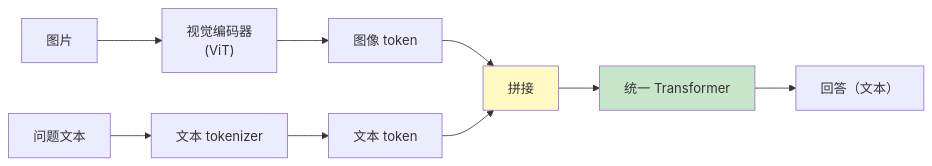
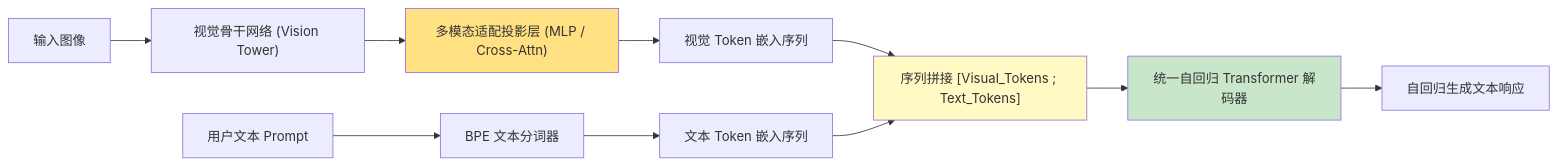
One commit to yingwang/thinking-in-llm changed the second of 7 diagrams in chapters/14-multimodal.md. Above: the diagram before and after it, drawn with Mermaid. The commit also changed other lines of this file and 31 other files, not shown here.

````diff
--- a/chapters/14-multimodal.md
+++ b/chapters/14-multimodal.md
@@ -78,13 +50,18 @@
 ```mermaid
 flowchart LR
-    Img["图片"] --> ViT["视觉编码器<br>(ViT)"] --> ImgTok["图像 token"]
-    Txt["问题文本"] --> TT["文本 tokenizer"] --> TxtTok["文本 token"]
+    Img["输入图像"] --> ViT["视觉骨干网络 (Vision Tower)"]
+    ViT --> Projector["多模态适配投影层 (MLP / Cross-Attn)"]
+    Projector --> VTok["视觉 Token 嵌入序列"]
     
-    ImgTok --> Concat["拼接"]
-    TxtTok --> Concat
-    Concat --> LLM["统一 Transformer"]
-    LLM --> Out["回答（文本）"]
+    Txt["用户文本 Prompt"] --> Tokenizer["BPE 文本分词器"]
+    Tokenizer --> TTok["文本 Token 嵌入序列"]
     
+    VTok --> Concat["序列拼接 [Visual_Tokens ; Text_Tokens]"]
+    TTok --> Concat
+    Concat --> LLM["统一自回归 Transformer 解码器"]
+    LLM --> Out["自回归生成文本响应"]
+    
+    style Projector fill:#ffe082
     style Concat fill:#fff9c4
     style LLM fill:#c8e6c9
 ```
````
